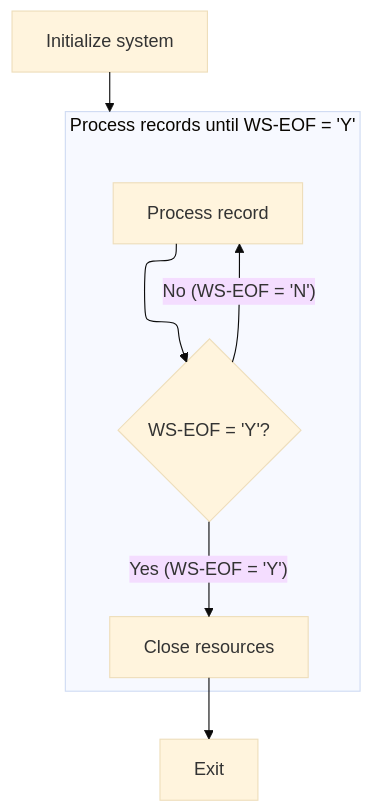
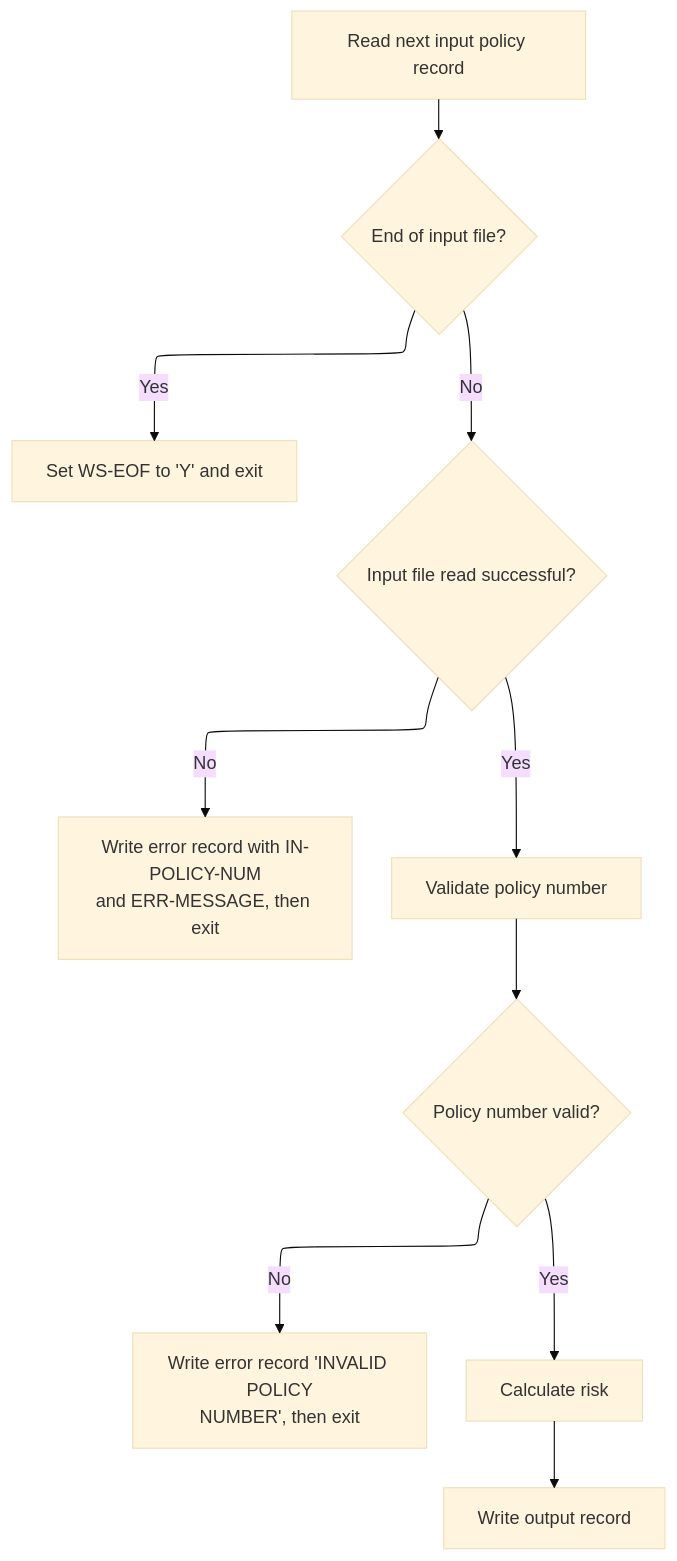
The first of 2 diagrams in .swm/riskprog-property-risk-assessment-lgarsk01.mlwt3tk4.sw.md (Giri-Swimm/Swimmio-genapp-house), drawn with Mermaid (base theme) before and after one commit. The commit also changed other lines of this file and 27 other files, not shown here.

````diff
--- a/.swm/riskprog-property-risk-assessment-lgarsk01.mlwt3tk4.sw.md
+++ b/.swm/riskprog-property-risk-assessment-lgarsk01.mlwt3tk4.sw.md
@@ -247,40 +285,54 @@
 ```mermaid
 %%{init: {"flowchart": {"defaultRenderer": "elk"}} }%%
 flowchart TD
-    node1["Initialize system"]
-    click node1 openCode "base/src/lgarsk01.cbl:65:65"
-    node1 --> loop1
-    subgraph loop1["Process records until WS-EOF = 'Y'"]
-        node2{"WS-EOF = 'Y'?"}
-        click node2 openCode "base/src/lgarsk01.cbl:66:66"
-        node2 -->|"No (WS-EOF = 'N')"| node3["Process record"]
-        click node3 openCode "base/src/lgarsk01.cbl:66:66"
-        node3 --> node2
-        node2 -->|"Yes (WS-EOF = 'Y')"| node4["Close resources"]
-        click node4 openCode "base/src/lgarsk01.cbl:67:67"
-    end
-    node4 --> node5["Exit"]
-    click node5 openCode "base/src/lgarsk01.cbl:68:68"
+    node1["Read next input policy record"] --> node2{"End of input file?"}
+    click node1 openCode "base/src/lgarsk01.cbl:80:81"
+    node2 -->|"Yes"| node3["Set WS-EOF to 'Y' and exit"]
+    click node2 openCode "base/src/lgarsk01.cbl:81:82"
+    click node3 openCode "base/src/lgarsk01.cbl:81:83"
+    node2 -->|"No"| node4{"Input file read successful?"}
+    click node4 openCode "base/src/lgarsk01.cbl:85:90"
+    node4 -->|"No"| node5["Write error record with IN-POLICY-NUM
+and ERR-MESSAGE, then exit"]
+    click node5 openCode "base/src/lgarsk01.cbl:86:89"
+    node4 -->|"Yes"| node6["Validate policy number"]
+    click node6 openCode "base/src/lgarsk01.cbl:92:92"
+    node6 --> node7{"Policy number valid?"}
+    click node7 openCode "base/src/lgarsk01.cbl:101:105"
+    node7 -->|"No"| node8["Write error record 'INVALID POLICY
+NUMBER', then exit"]
+    click node8 openCode "base/src/lgarsk01.cbl:102:104"
+    node7 -->|"Yes"| node9["Calculate risk"]
+    click node9 openCode "base/src/lgarsk01.cbl:93:93"
+    node9 --> node10["Write output record"]
+    click node10 openCode "base/src/lgarsk01.cbl:94:94"
 
 classDef HeadingStyle fill:#777777,stroke:#333,stroke-width:2px;
 
 %% Swimm:
 %% %%{init: {"flowchart": {"defaultRenderer": "elk"}} }%%
 %% flowchart TD
-%%     node1["Initialize system"]
-%%     click node1 openCode "<SwmPath>[base/src/lgarsk01.cbl](base/src/lgarsk01.cbl)</SwmPath>:65:65"
-%%     node1 --> loop1
-%%     subgraph loop1["Process records until <SwmToken path="base/src/lgarsk01.cbl" pos="66:9:11" line-data="           PERFORM 2000-PROCESS UNTIL WS-EOF = &#39;Y&#39;">`WS-EOF`</SwmToken> = 'Y'"]
-%%         node2{"<SwmToken path="base/src/lgarsk01.cbl" pos="66:9:11" line-data="           PERFORM 2000-PROCESS UNTIL WS-EOF = &#39;Y&#39;">`WS-EOF`</SwmToken> = 'Y'?"}
-%%         click node2 openCode "<SwmPath>[base/src/lgarsk01.cbl](base/src/lgarsk01.cbl)</SwmPath>:66:66"
-%%         node2 -->|"No (<SwmToken path="base/src/lgarsk01.cbl" pos="66:9:11" line-data="           PERFORM 2000-PROCESS UNTIL WS-EOF = &#39;Y&#39;">`WS-EOF`</SwmToken> = 'N')"| node3["Process record"]
-%%         click node3 openCode "<SwmPath>[base/src/lgarsk01.cbl](base/src/lgarsk01.cbl)</SwmPath>:66:66"
-%%         node3 --> node2
-%%         node2 -->|"Yes (<SwmToken path="base/src/lgarsk01.cbl" pos="66:9:11" line-data="           PERFORM 2000-PROCESS UNTIL WS-EOF = &#39;Y&#39;">`WS-EOF`</SwmToken> = 'Y')"| node4["Close resources"]
-%%         click node4 openCode "<SwmPath>[base/src/lgarsk01.cbl](base/src/lgarsk01.cbl)</SwmPath>:67:67"
-%%     end
-%%     node4 --> node5["Exit"]
-%%     click node5 openCode "<SwmPath>[base/src/lgarsk01.cbl](base/src/lgarsk01.cbl)</SwmPath>:68:68"
+%%     node1["Read next input policy record"] --> node2{"End of input file?"}
+%%     click node1 openCode "<SwmPath>[base/src/lgarsk01.cbl](base/src/lgarsk01.cbl)</SwmPath>:80:81"
+%%     node2 -->|"Yes"| node3["Set <SwmToken path="base/src/lgarsk01.cbl" pos="66:9:11" line-data="           PERFORM 2000-PROCESS UNTIL WS-EOF = &#39;Y&#39;">`WS-EOF`</SwmToken> to 'Y' and exit"]
+%%     click node2 openCode "<SwmPath>[base/src/lgarsk01.cbl](base/src/lgarsk01.cbl)</SwmPath>:81:82"
+%%     click node3 openCode "<SwmPath>[base/src/lgarsk01.cbl](base/src/lgarsk01.cbl)</SwmPath>:81:83"
+%%     node2 -->|"No"| node4{"Input file read successful?"}
+%%     click node4 openCode "<SwmPath>[base/src/lgarsk01.cbl](base/src/lgarsk01.cbl)</SwmPath>:85:90"
+%%     node4 -->|"No"| node5["Write error record with <SwmToken path="base/src/lgarsk01.cbl" pos="86:3:7" line-data="               MOVE IN-POLICY-NUM TO ERR-POLICY-NUM">`IN-POLICY-NUM`</SwmToken>
+%% and <SwmToken path="base/src/lgarsk01.cbl" pos="87:13:15" line-data="               MOVE &#39;ERROR READING RECORD&#39; TO ERR-MESSAGE">`ERR-MESSAGE`</SwmToken>, then exit"]
+%%     click node5 openCode "<SwmPath>[base/src/lgarsk01.cbl](base/src/lgarsk01.cbl)</SwmPath>:86:89"
+%%     node4 -->|"Yes"| node6["Validate policy number"]
+%%     click node6 openCode "<SwmPath>[base/src/lgarsk01.cbl](base/src/lgarsk01.cbl)</SwmPath>:92:92"
+%%     node6 --> node7{"Policy number valid?"}
+%%     click node7 openCode "<SwmPath>[base/src/lgarsk01.cbl](base/src/lgarsk01.cbl)</SwmPath>:101:105"
+%%     node7 -->|"No"| node8["Write error record 'INVALID POLICY
+%% NUMBER', then exit"]
+%%     click node8 openCode "<SwmPath>[base/src/lgarsk01.cbl](base/src/lgarsk01.cbl)</SwmPath>:102:104"
+%%     node7 -->|"Yes"| node9["Calculate risk"]
+%%     click node9 openCode "<SwmPath>[base/src/lgarsk01.cbl](base/src/lgarsk01.cbl)</SwmPath>:93:93"
+%%     node9 --> node10["Write output record"]
+%%     click node10 openCode "<SwmPath>[base/src/lgarsk01.cbl](base/src/lgarsk01.cbl)</SwmPath>:94:94"
 %% 
 %% classDef HeadingStyle fill:#777777,stroke:#333,stroke-width:2px;
 ```
````
